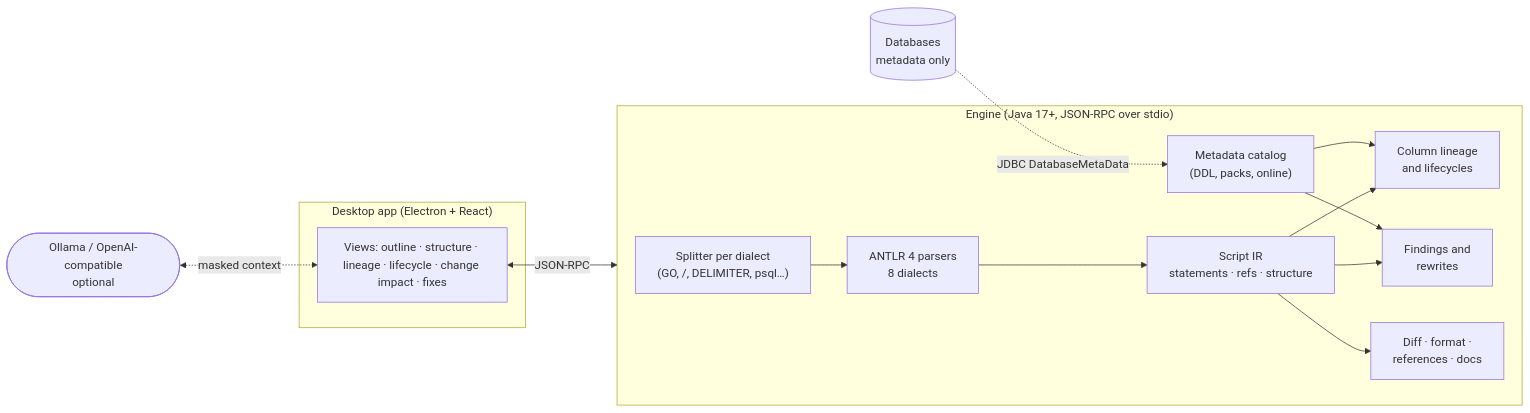
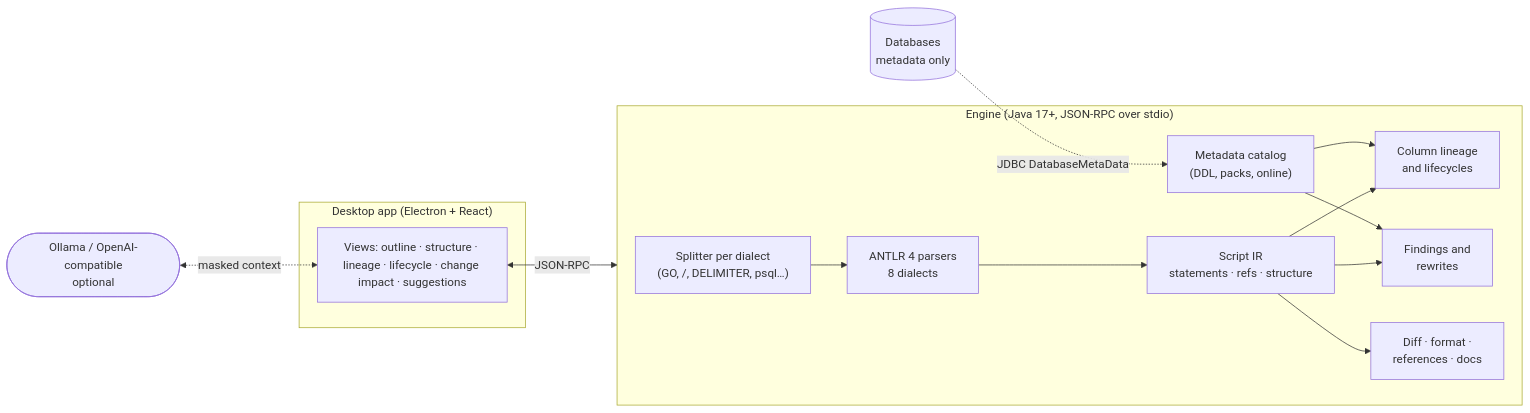
Before and after one commit to paganini2008/amber: the diagram in README.md, drawn with Mermaid. The commit also changed other lines of this file and 102 other files, not shown here.

````diff
--- a/README.md
+++ b/README.md
@@ -57,18 +59,18 @@
 ```mermaid
 flowchart LR
   subgraph App["Desktop app (Electron + React)"]
-    UI["Views: outline · structure · lineage · lifecycle · change impact · fixes"]
+    UI["Views: outline · structure · lineage · lifecycle · change impact · suggestions"]
   end
   subgraph Engine["Engine (Java 17+, JSON-RPC over stdio)"]
     Split["Splitter per dialect<br/>(GO, /, DELIMITER, psql…)"] --> Parse["ANTLR 4 parsers<br/>8 dialects"]
     Parse --> IR["Script IR<br/>statements · refs · structure"]
     IR --> Lineage["Column lineage<br/>and lifecycles"]
     IR --> Rules["Findings and<br/>rewrites"]
     IR --> Tools["Diff · format ·<br/>references · docs"]
     Meta["Metadata catalog<br/>(DDL, packs, online)"] --> Lineage
     Meta --> Rules
   end
   DB[("Databases<br/>metadata only")] -. "JDBC DatabaseMetaData" .-> Meta
   AI(["Ollama / OpenAI-compatible<br/>optional"]) <-. "masked context" .-> UI
   UI <-- "JSON-RPC" --> Engine
 ```
````
